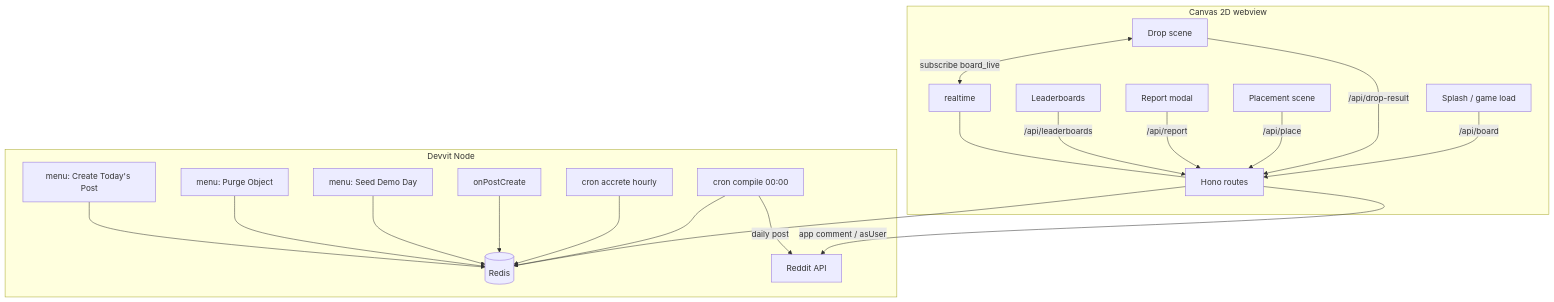
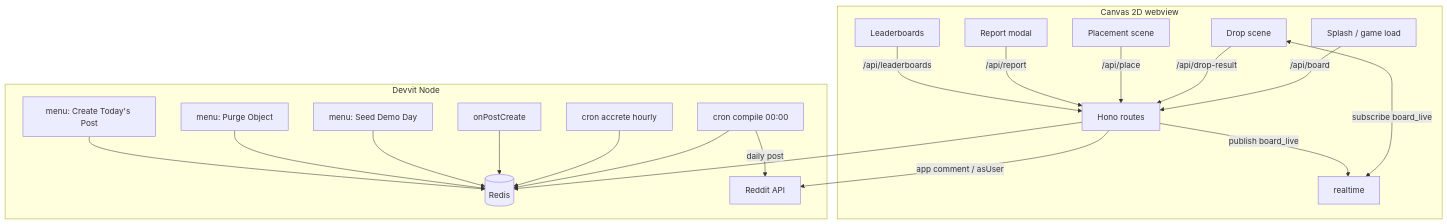
The diagram in ARCHITECTURE.md (edycutjong/grudgeball), drawn with Mermaid before and after one commit. The commit also changed 1 other file, not shown here.

Commit message:
docs: reconcile README/ARCHITECTURE mermaid — add server→realtime publish edge (board_live), consistent across both

````diff
--- a/ARCHITECTURE.md
+++ b/ARCHITECTURE.md
@@ -18,23 +18,23 @@
 ```mermaid
 flowchart TD
   subgraph Client [Canvas 2D webview]
     Sp[Splash / game load] -->|/api/board| S
     A[Drop scene] -->|/api/drop-result| S
     B[Placement scene] -->|/api/place| S
     C[Report modal] -->|/api/report| S
     Lb[Leaderboards] -->|/api/leaderboards| S
     A <-->|subscribe board_live| RT[realtime]
   end
   subgraph Server [Devvit Node]
     S[Hono routes] --> R[(Redis)]
     CR1[cron compile 00:00] --> R
     CR2[cron accrete hourly] --> R
     TR[onPostCreate] --> R
     M1[menu: Seed Demo Day] --> R
     M2[menu: Purge Object] --> R
     M3[menu: Create Today's Post] --> R
     S -->|app comment / asUser| RED[Reddit API]
     CR1 -->|daily post| RED
   end
-  RT --- S
+  S -->|publish board_live| RT
 ```
````
